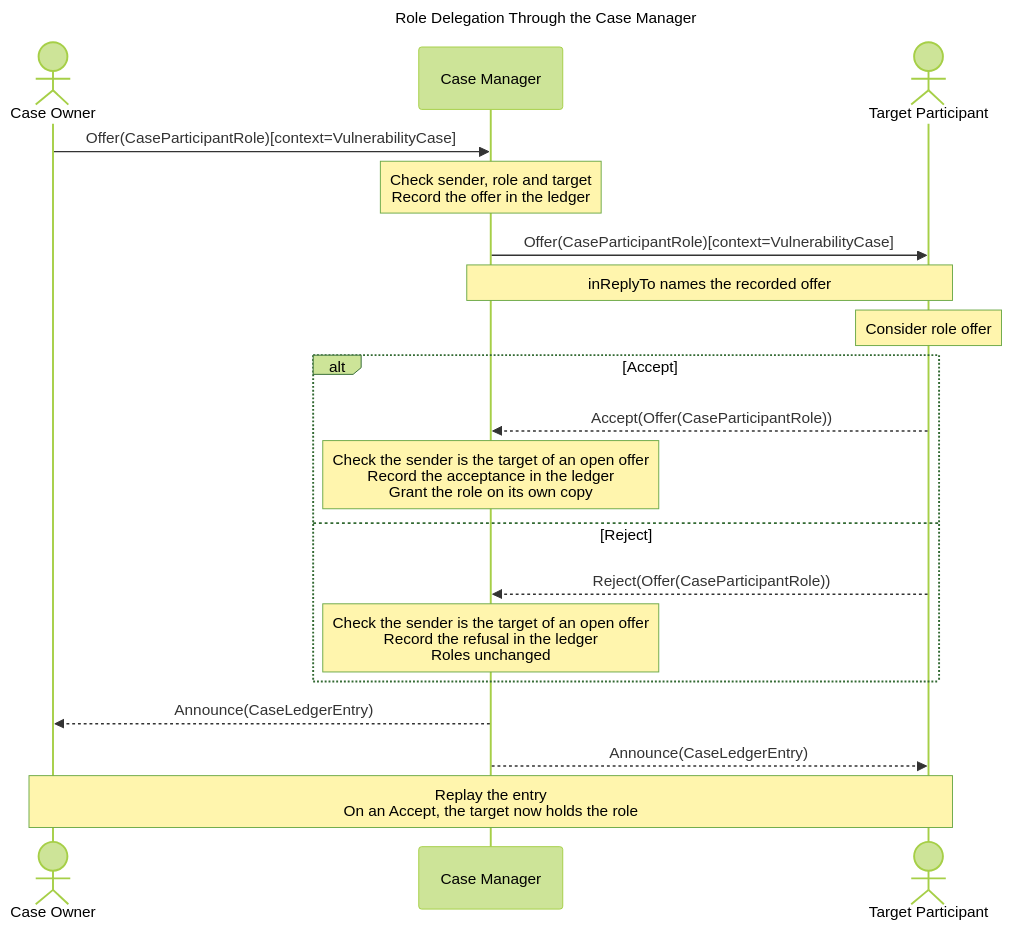
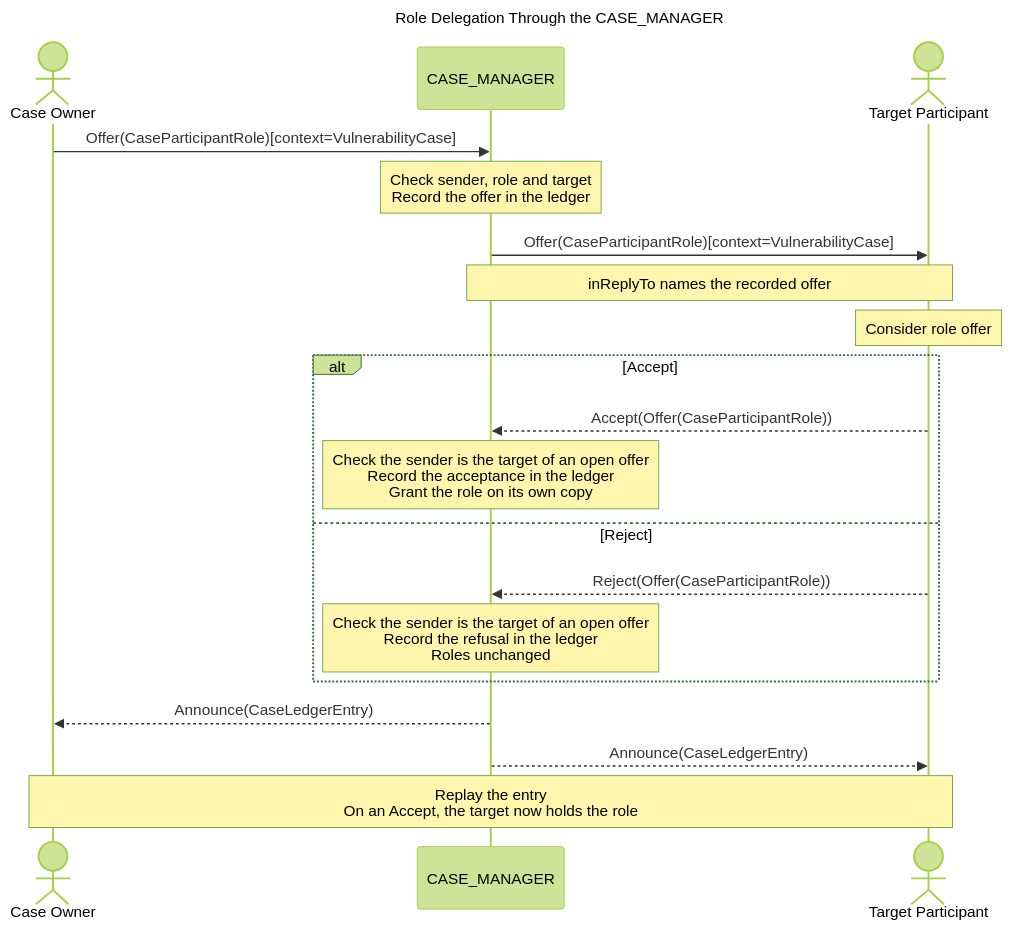
Before and after one commit to CERTCC/Vultron: the diagram in docs/howto/activitypub/activities/role_delegation.md, drawn with Mermaid (forest theme). The commit also changed other lines of this file and 243 other files, not shown here.

First line of the commit message:
docs: name the Case Owner and CASE_MANAGER roles by their glossary terms (#5654)

````diff
--- a/docs/howto/activitypub/activities/role_delegation.md
+++ b/docs/howto/activitypub/activities/role_delegation.md
@@ -37,24 +37,24 @@
 ```mermaid
 ---
-title: Role Delegation Through the Case Manager
+title: Role Delegation Through the CASE_MANAGER
 ---
 sequenceDiagram
     actor O as Case Owner
-    participant M as Case Manager
+    participant M as CASE_MANAGER
     actor T as Target Participant
     O ->> M: Offer(CaseParticipantRole)[context=VulnerabilityCase]
     note over M: Check sender, role and target<br/>Record the offer in the ledger
     M ->> T: Offer(CaseParticipantRole)[context=VulnerabilityCase]
     note over M,T: inReplyTo names the recorded offer
     note over T: Consider role offer
     alt Accept
         T -->> M: Accept(Offer(CaseParticipantRole))
         note over M: Check the sender is the target of an open offer<br/>Record the acceptance in the ledger<br/>Grant the role on its own copy
     else Reject
         T -->> M: Reject(Offer(CaseParticipantRole))
         note over M: Check the sender is the target of an open offer<br/>Record the refusal in the ledger<br/>Roles unchanged
     end
     M -->> O: Announce(CaseLedgerEntry)
     M -->> T: Announce(CaseLedgerEntry)
     note over O,T: Replay the entry<br/>On an Accept, the target now holds the role
 ```
````
